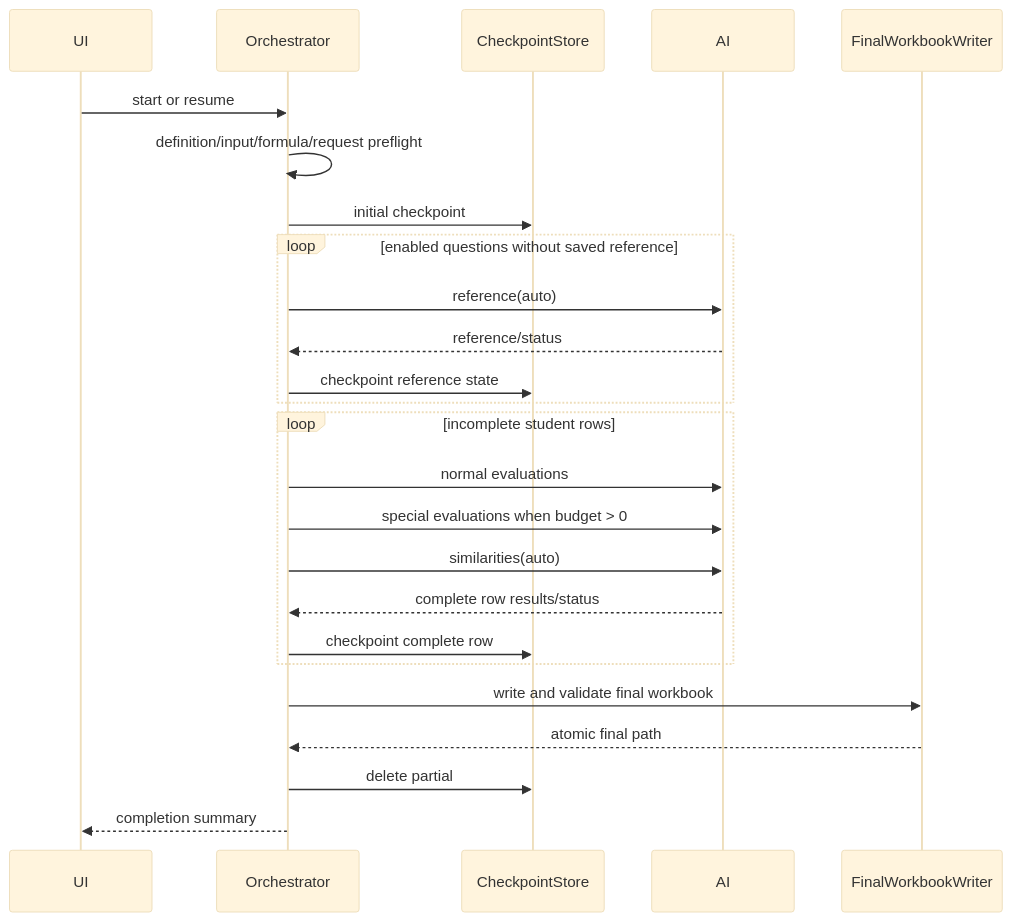
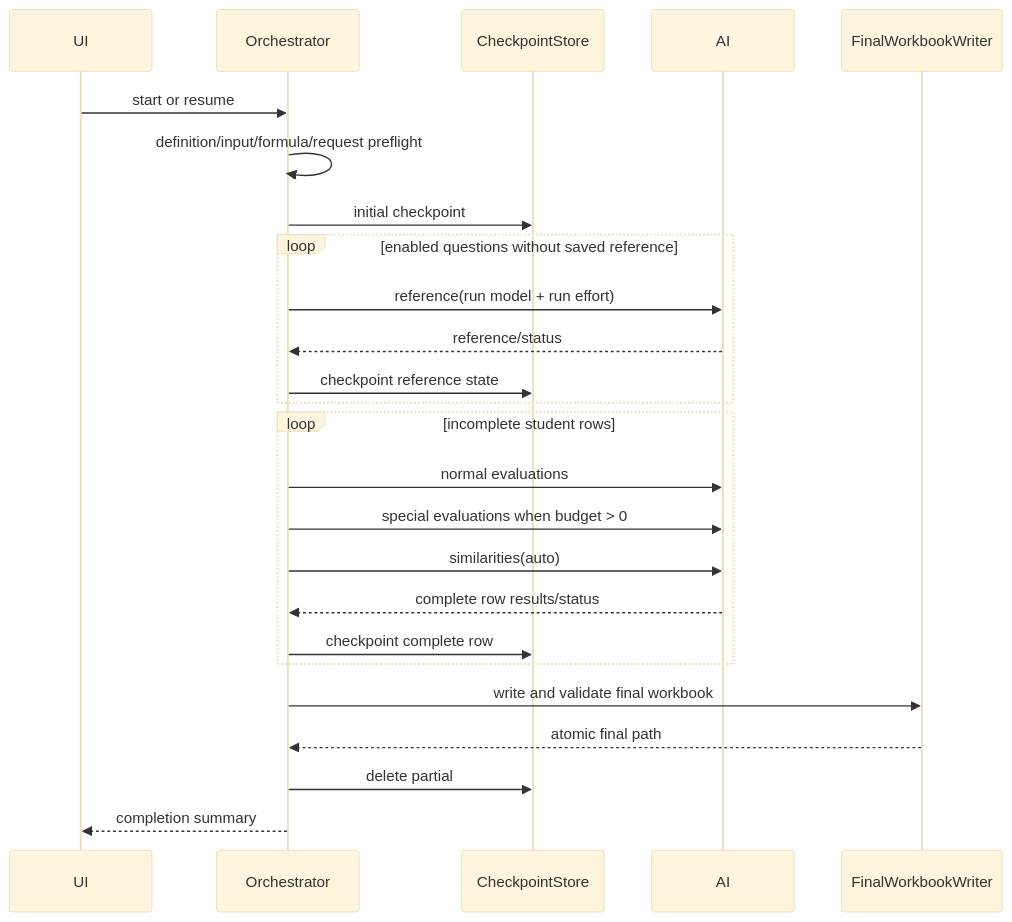
Before and after one commit to dahatake/StudyReport-Evaluator: the second of 2 diagrams in dev/docs/detailed-design.md, drawn with Mermaid (base theme). The commit also changed other lines of this file and 36 other files, not shown here.

````diff
--- a/dev/docs/detailed-design.md
+++ b/dev/docs/detailed-design.md
@@ -499,27 +500,27 @@
 ```mermaid
 sequenceDiagram
     participant UI
     participant O as Orchestrator
     participant C as CheckpointStore
     participant AI
     participant X as FinalWorkbookWriter
     UI->>O: start or resume
     O->>O: definition/input/formula/request preflight
     O->>C: initial checkpoint
     loop enabled questions without saved reference
-        O->>AI: reference(auto)
+        O->>AI: reference(run model + run effort)
         AI-->>O: reference/status
         O->>C: checkpoint reference state
     end
     loop incomplete student rows
         O->>AI: normal evaluations
         O->>AI: special evaluations when budget > 0
         O->>AI: similarities(auto)
         AI-->>O: complete row results/status
         O->>C: checkpoint complete row
     end
     O->>X: write and validate final workbook
     X-->>O: atomic final path
     O->>C: delete partial
     O-->>UI: completion summary
 ```
````
